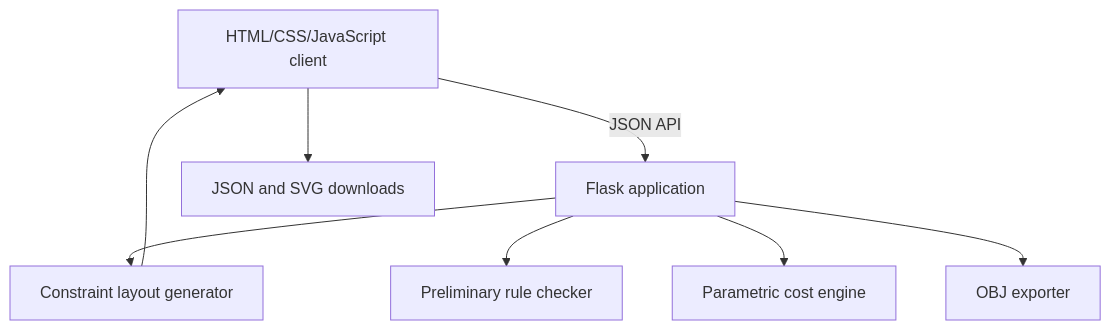
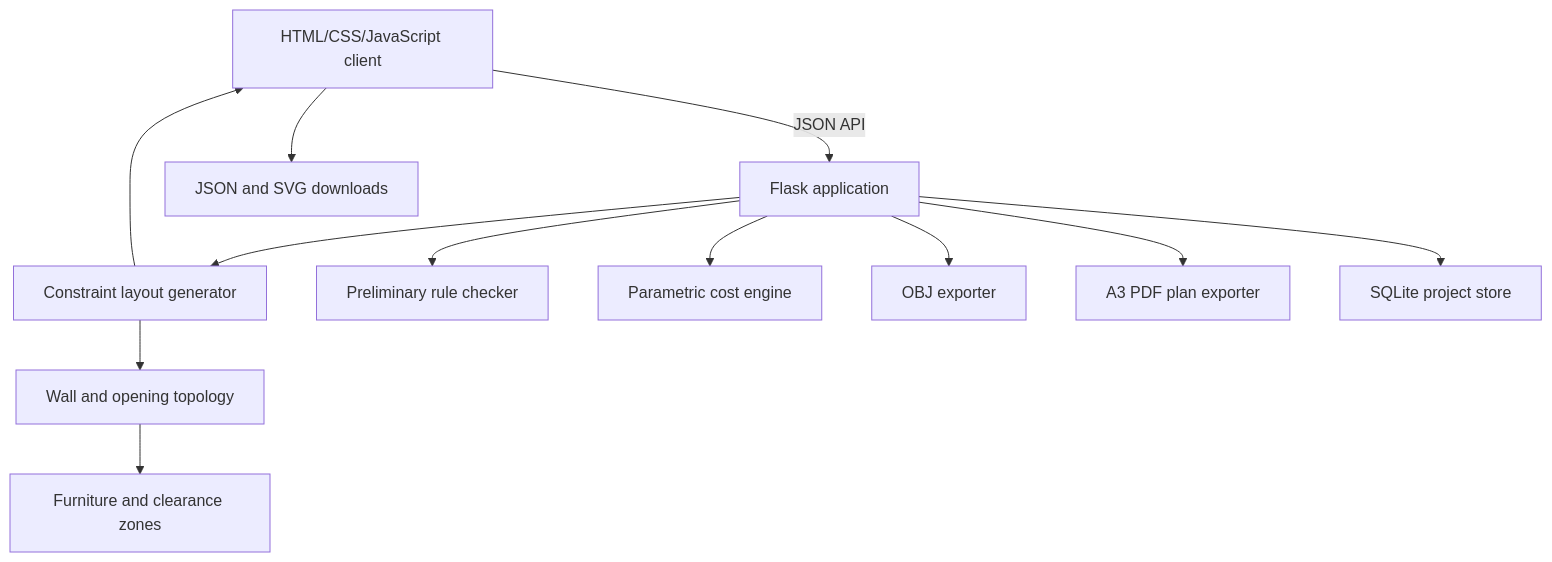
Before and after one commit to Shaurya-S0603/ArchAI: the diagram in docs/ARCHITECTURE.md, drawn with Mermaid. The commit also changed other lines of this file and 37 other files, not shown here.

````diff
--- a/docs/ARCHITECTURE.md
+++ b/docs/ARCHITECTURE.md
@@ -24,10 +25,14 @@
 ```mermaid
 flowchart TD
     Browser["HTML/CSS/JavaScript client"] -->|JSON API| Flask["Flask application"]
     Flask --> Generator["Constraint layout generator"]
+    Generator --> Topology["Wall and opening topology"]
+    Topology --> Zoning["Furniture and clearance zones"]
     Flask --> Checks["Preliminary rule checker"]
     Flask --> Cost["Parametric cost engine"]
     Flask --> Export["OBJ exporter"]
+    Flask --> PlanSheet["A3 PDF plan exporter"]
+    Flask --> Store["SQLite project store"]
     Generator --> Browser
     Browser --> Local["JSON and SVG downloads"]
 ```
````
